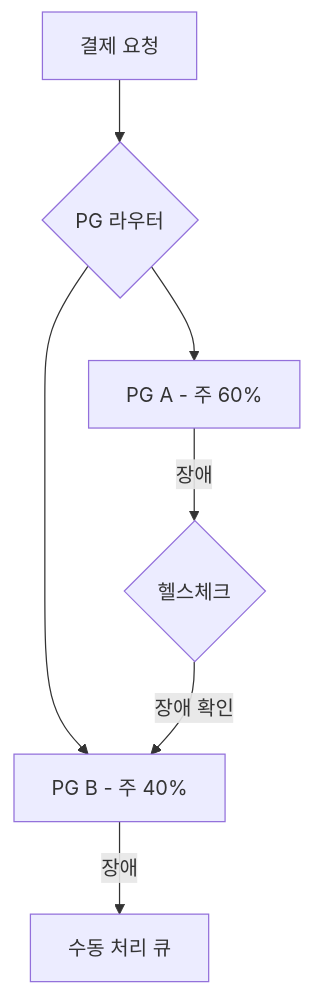
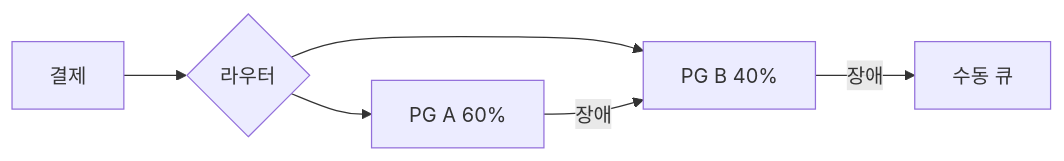
One commit to yjkim2015/yjkim2015.github.io changed the fifth of 6 diagrams in _posts/systemdesign/2026-05-03-system-design-payment.md. Above: the diagram before and after it, drawn with Mermaid. The commit also changed other lines of this file, not shown here.

Commit message:
결제 시스템 Mermaid: graph TD → LR로 변경 (세로 높이 축소)

````diff
--- a/_posts/systemdesign/2026-05-03-system-design-payment.md
+++ b/_posts/systemdesign/2026-05-03-system-design-payment.md
@@ -707,9 +704,8 @@
 ```mermaid
-graph TD
-    A[결제 요청] --> B{PG 라우터}
-    B --> C[PG A - 주 60%]
-    B --> D[PG B - 주 40%]
-    C -- 장애 --> E{헬스체크}
-    E -- 장애 확인 --> D
-    D -- 장애 --> F[수동 처리 큐]
+graph LR
+    A[결제] --> B{라우터}
+    B --> C[PG A 60%]
+    B --> D[PG B 40%]
+    C -- 장애 --> D
+    D -- 장애 --> F[수동 큐]
 ```
````
